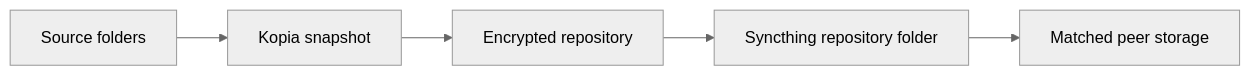
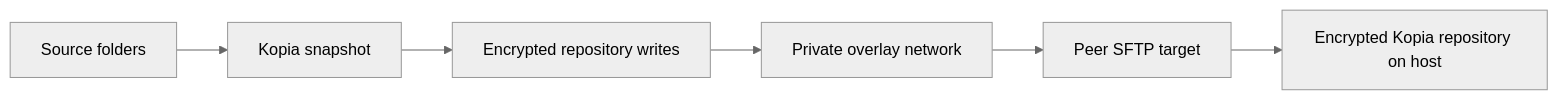
Before and after one commit to ayaghini/Nas-backup-buddy: the third of 6 diagrams in docs/client-app/architecture.md, drawn with Mermaid (neutral theme). The commit also changed other lines of this file and 50 other files, not shown here.

Commit message:
Refine peer connection host and backup workflows

````diff
--- a/docs/client-app/architecture.md
+++ b/docs/client-app/architecture.md
@@ -118,7 +150,8 @@
 ```mermaid
 flowchart LR
   SRC["Source folders"] --> K["Kopia snapshot"]
-  K --> REPO["Encrypted repository"]
-  REPO --> ST["Syncthing repository folder"]
-  ST --> PEER["Matched peer storage"]
+  K --> ENC["Encrypted repository writes"]
+  ENC --> OVERLAY["Private overlay network"]
+  OVERLAY --> SFTP["Peer SFTP target"]
+  SFTP --> REPO["Encrypted Kopia repository on host"]
 ```
````
